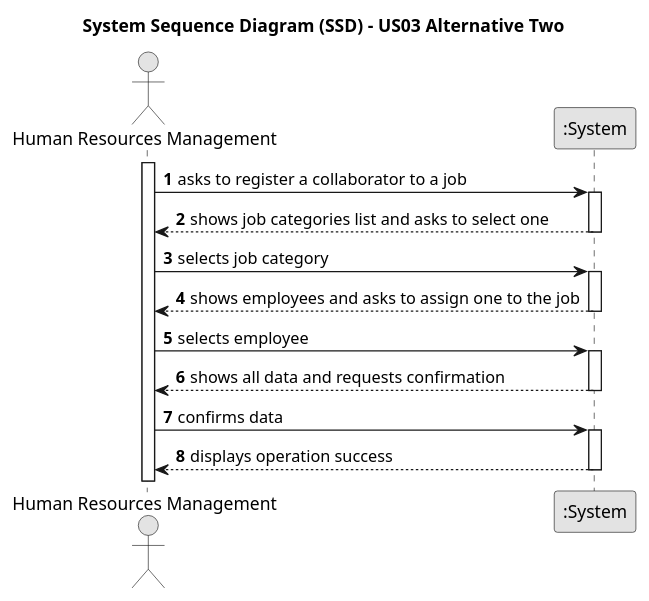
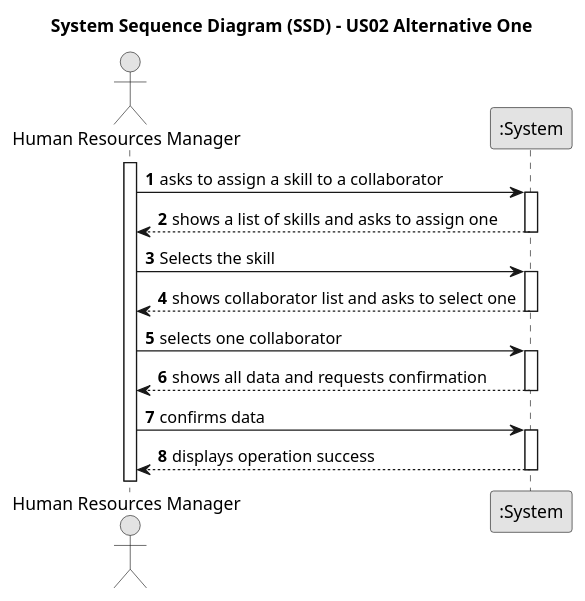
One commit to tiagosoa/lei-24-s2-1dgh-g073 changed the diagram in docs/sprintA/us002/01.requirements-engineering/puml/us002-system-sequence-diagram-alternative-one.puml. Above: the diagram before and after it, drawn with PlantUML. The commit also changed other lines of this file and 2 other files, not shown here.

```diff
--- a/docs/sprintA/us002/01.requirements-engineering/puml/us002-system-sequence-diagram-alternative-one.puml
+++ b/docs/sprintA/us002/01.requirements-engineering/puml/us002-system-sequence-diagram-alternative-one.puml
@@ -40,38 +1,38 @@
 @startuml
 skinparam monochrome true
 skinparam packageStyle rectangle
 skinparam shadowing false
 
-title System Sequence Diagram (SSD) - US03 Alternative Two
+title System Sequence Diagram (SSD) - US02 Alternative One
 
 autonumber
 
-actor "Human Resources Management" as Employee
+actor "Human Resources Manager" as Employee
 participant ":System" as System
 
 activate Employee
 
-    Employee -> System : asks to register a collaborator to a job
+    Employee -> System : asks to assign a skill to a collaborator
     activate System
 
-        System --> Employee : shows job categories list and asks to select one
+        System --> Employee : shows a list of skills and asks to assign one
     deactivate System
 
-    Employee -> System : selects job category
+    Employee -> System : Selects the skill
     activate System
 
-        System --> Employee : shows employees and asks to assign one to the job
+        System --> Employee : shows collaborator list and asks to select one
     deactivate System
 
-    Employee -> System : selects employee
+    Employee -> System : selects one collaborator
     activate System
 
         System --> Employee : shows all data and requests confirmation
     deactivate System
 
     Employee -> System : confirms data
     activate System
 
         System --> Employee : displays operation success
     deactivate System
 @enduml
```
